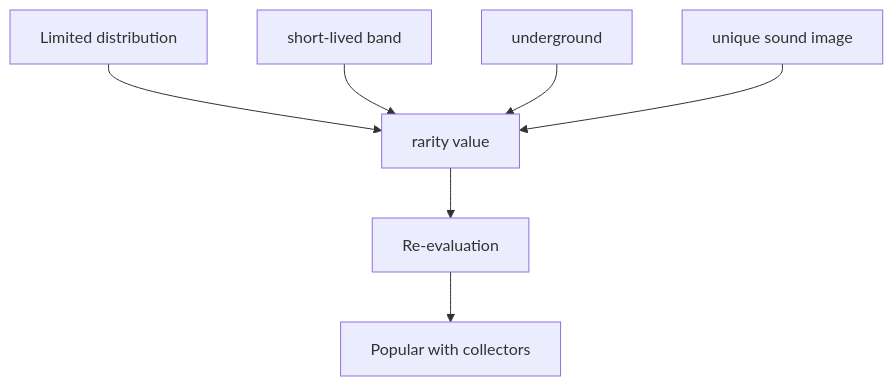
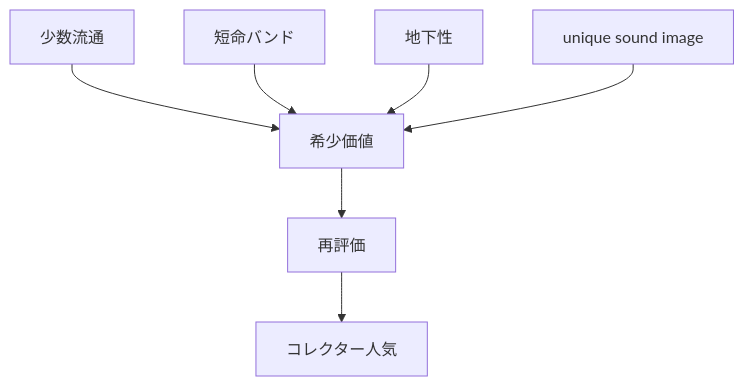
The fifth of 6 diagrams in en/_posts/2026-05-16-column-exploit.md (monumental-movement/monumental-movement.github.io), drawn with Mermaid before and after one commit. The commit also changed other lines of this file and 2196 other files, not shown here.

```diff
--- a/en/_posts/2026-05-16-column-exploit.md
+++ b/en/_posts/2026-05-16-column-exploit.md
@@ -269,9 +268,9 @@
 <div class="mermaid">
 graph TD
-A[Limited distribution] --> E[rarity value]
-B[short-lived band] --> E
-C[underground] --> E
+A[少数流通] --> E[希少価値]
+B[短命バンド] --> E
+C[地下性] --> E
 D[unique sound image] --> E
-E --> F[Re-evaluation]
-F --> G[Popular with collectors]
+E --> F[再評価]
+F --> G[コレクター人気]
 </div>
```
